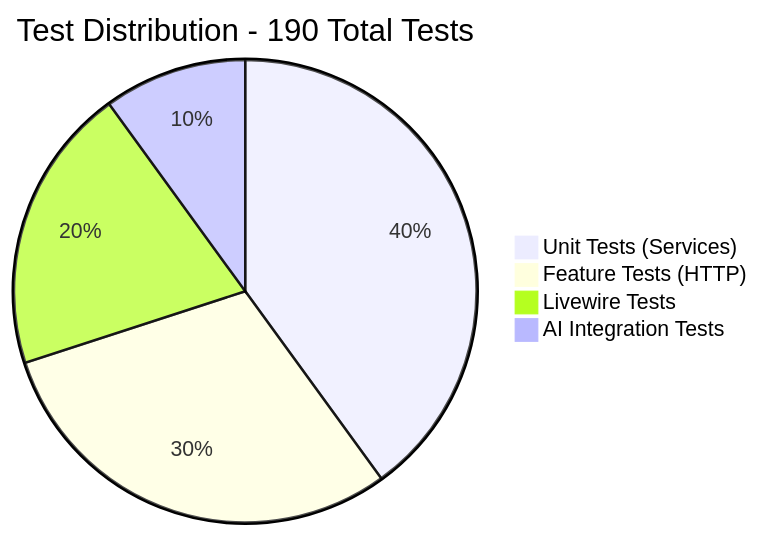
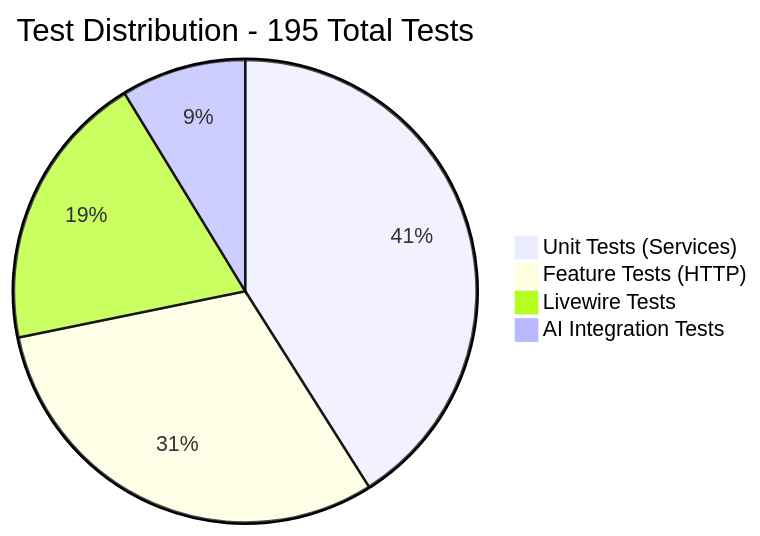
Before and after one commit to exatfrds67/umamusume-career-planner: the ninth of 11 diagrams in docs/00-core-docs/000_IMPLEMENTATION_VERIFICATION_MATRIX.md, drawn with Mermaid. The commit also changed other lines of this file and 18 other files, not shown here.

````diff
--- a/docs/00-core-docs/000_IMPLEMENTATION_VERIFICATION_MATRIX.md
+++ b/docs/00-core-docs/000_IMPLEMENTATION_VERIFICATION_MATRIX.md
@@ -565,7 +633,7 @@
 ```mermaid
-pie title Test Distribution - 190 Total Tests
-    "Unit Tests (Services)" : 76
-    "Feature Tests (HTTP)" : 57
+pie title Test Distribution - 195 Total Tests
+    "Unit Tests (Services)" : 80
+    "Feature Tests (HTTP)" : 60
     "Livewire Tests" : 38
-    "AI Integration Tests" : 19
+    "AI Integration Tests" : 17
 ```
````
